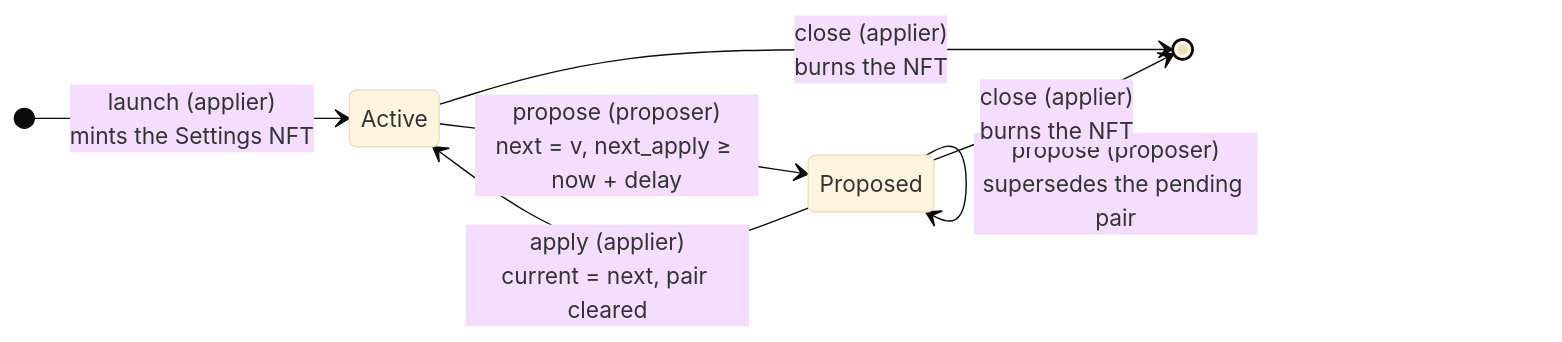
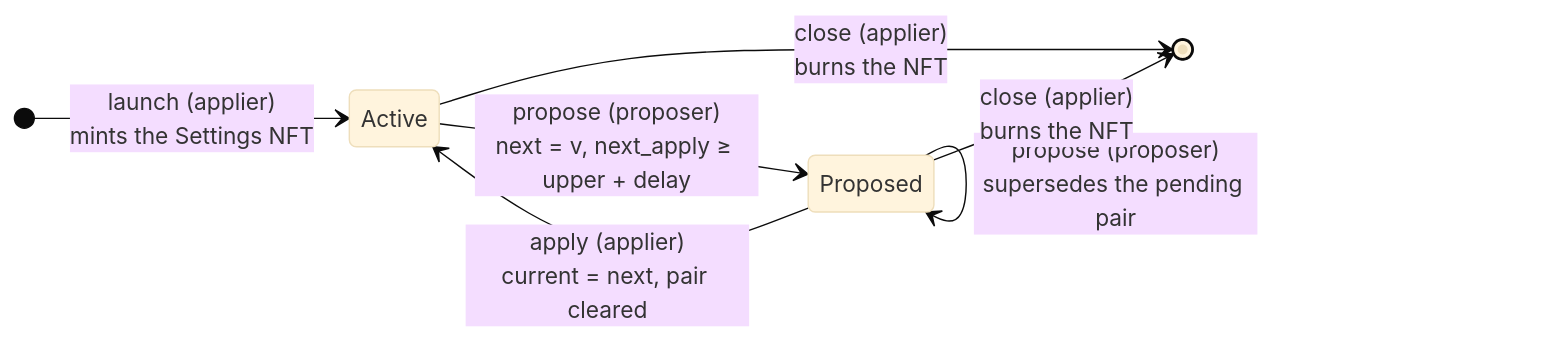
The diagram in docs/settings/usage.md (input-output-hk/contracts-library), drawn with Mermaid (base theme) before and after one commit. The commit also changed other lines of this file and 14 other files, not shown here.

````diff
--- a/docs/settings/usage.md
+++ b/docs/settings/usage.md
@@ -39,10 +39,10 @@
 ```mermaid
 stateDiagram-v2
     direction LR
     [*] --> Active: launch (applier)<br/>mints the Settings NFT
-    Active --> Proposed: propose (proposer)<br/>next = v, next_apply ≥ now + delay
+    Active --> Proposed: propose (proposer)<br/>next = v, next_apply ≥ upper + delay
     Proposed --> Proposed: propose (proposer)<br/>supersedes the pending pair
     Proposed --> Active: apply (applier)<br/>current = next, pair cleared
     Active --> [*]: close (applier)<br/>burns the NFT
     Proposed --> [*]: close (applier)<br/>burns the NFT
 ```
````
